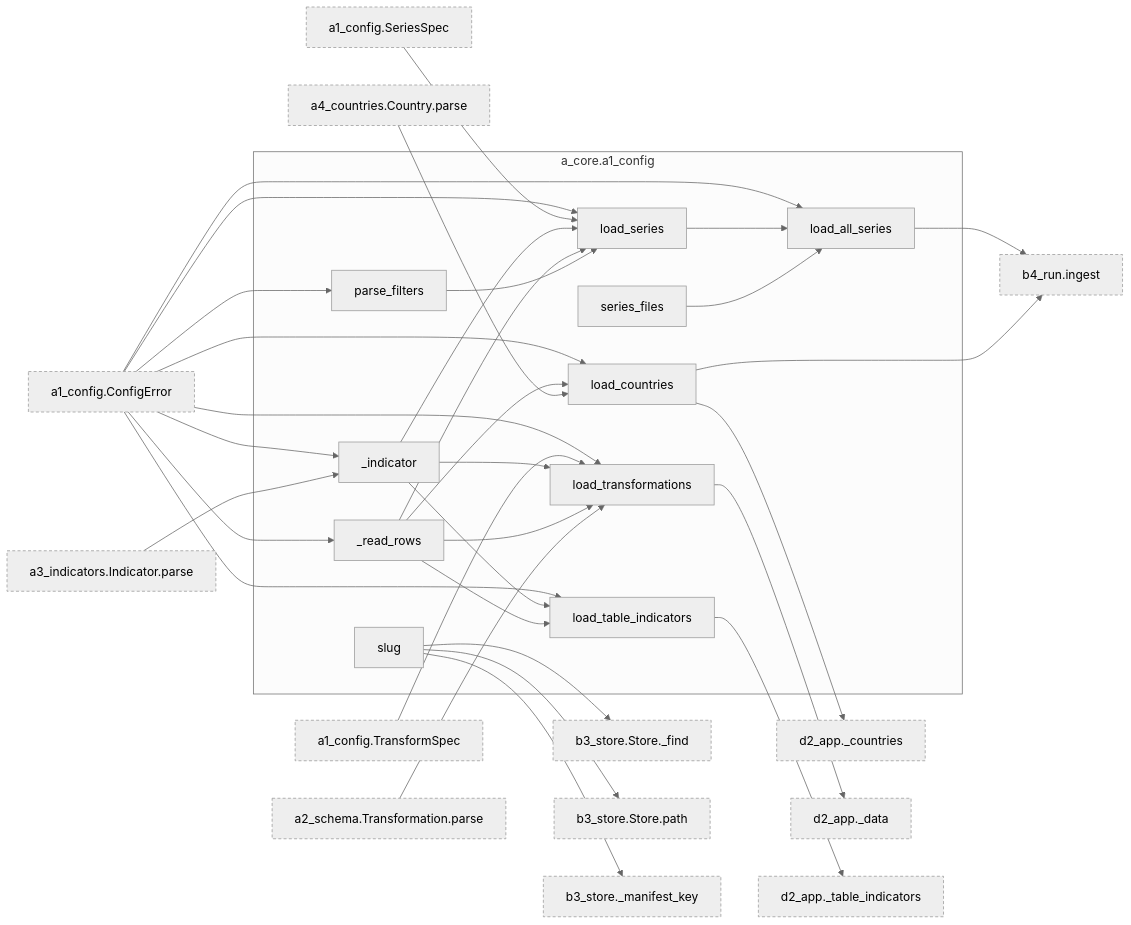
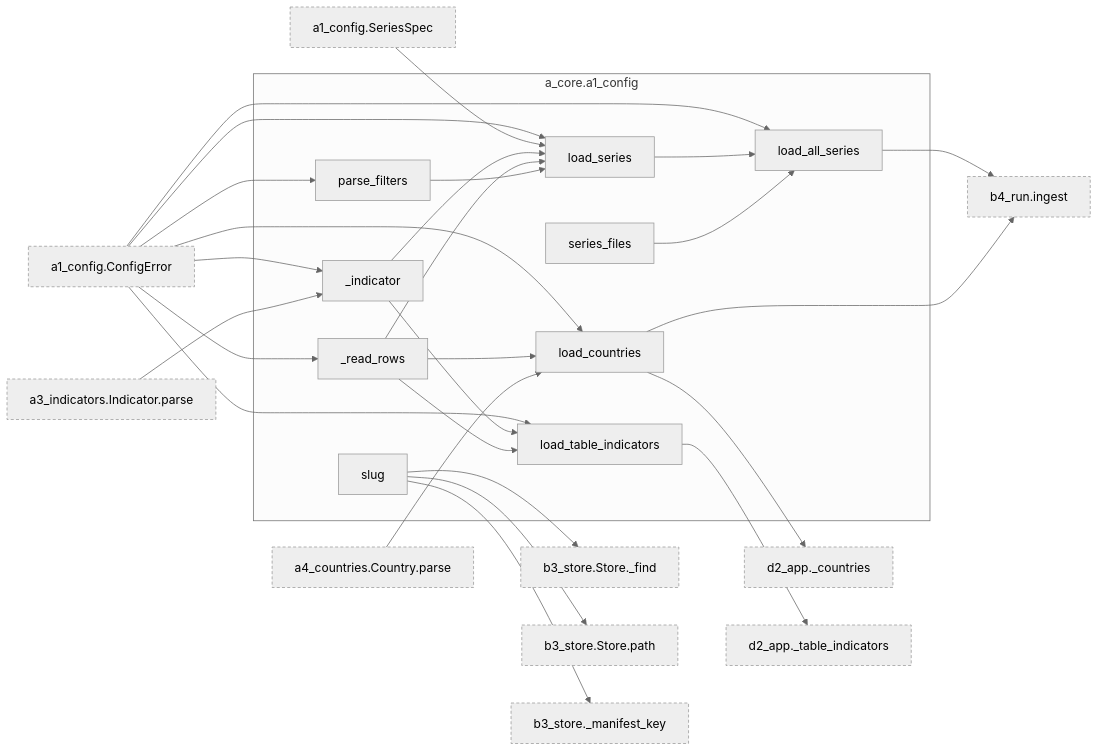
The third of 16 diagrams in docs/architecture.md (bsawyerg15/MacroScan), drawn with Mermaid (neutral theme) before and after one commit. The commit also changed other lines of this file and 9 other files, not shown here.

````diff
--- a/docs/architecture.md
+++ b/docs/architecture.md
@@ -247,15 +256,12 @@
     n_a_core_a1_config_load_countries["load_countries"]
     n_a_core_a1_config_load_series["load_series"]
     n_a_core_a1_config_load_table_indicators["load_table_indicators"]
-    n_a_core_a1_config_load_transformations["load_transformations"]
     n_a_core_a1_config_parse_filters["parse_filters"]
     n_a_core_a1_config_series_files["series_files"]
     n_a_core_a1_config_slug["slug"]
   end
   n_a_core_a1_config_ConfigError["a1_config.ConfigError"]:::ext
   n_a_core_a1_config_SeriesSpec["a1_config.SeriesSpec"]:::ext
-  n_a_core_a1_config_TransformSpec["a1_config.TransformSpec"]:::ext
-  n_a_core_a2_schema_Transformation_parse["a2_schema.Transformation.parse"]:::ext
   n_a_core_a3_indicators_Indicator_parse["a3_indicators.Indicator.parse"]:::ext
   n_a_core_a4_countries_Country_parse["a4_countries.Country.parse"]:::ext
   n_b_ingest_b3_store_Store__find["b3_store.Store._find"]:::ext
@@ -263,7 +269,6 @@
   n_b_ingest_b3_store__manifest_key["b3_store._manifest_key"]:::ext
   n_b_ingest_b4_run_ingest["b4_run.ingest"]:::ext
   n_d_visualization_d2_app__countries["d2_app._countries"]:::ext
-  n_d_visualization_d2_app__data["d2_app._data"]:::ext
   n_d_visualization_d2_app__table_indicators["d2_app._table_indicators"]:::ext
   n_a_core_a1_config_ConfigError --> n_a_core_a1_config__indicator
   n_a_core_a3_indicators_Indicator_parse --> n_a_core_a1_config__indicator
@@ -282,11 +287,6 @@
   n_a_core_a1_config_ConfigError --> n_a_core_a1_config_load_table_indicators
   n_a_core_a1_config__indicator --> n_a_core_a1_config_load_table_indicators
   n_a_core_a1_config__read_rows --> n_a_core_a1_config_load_table_indicators
-  n_a_core_a1_config_ConfigError --> n_a_core_a1_config_load_transformations
-  n_a_core_a1_config_TransformSpec --> n_a_core_a1_config_load_transformations
-  n_a_core_a1_config__indicator --> n_a_core_a1_config_load_transformations
-  n_a_core_a1_config__read_rows --> n_a_core_a1_config_load_transformations
-  n_a_core_a2_schema_Transformation_parse --> n_a_core_a1_config_load_transformations
   n_a_core_a1_config_ConfigError --> n_a_core_a1_config_parse_filters
   n_a_core_a1_config_slug --> n_b_ingest_b3_store_Store__find
   n_a_core_a1_config_slug --> n_b_ingest_b3_store_Store_path
@@ -294,22 +294,18 @@
   n_a_core_a1_config_load_all_series --> n_b_ingest_b4_run_ingest
   n_a_core_a1_config_load_countries --> n_b_ingest_b4_run_ingest
   n_a_core_a1_config_load_countries --> n_d_visualization_d2_app__countries
-  n_a_core_a1_config_load_transformations --> n_d_visualization_d2_app__data
   n_a_core_a1_config_load_table_indicators --> n_d_visualization_d2_app__table_indicators
   click n_a_core_a1_config_ConfigError href "#cls-ConfigError"
   click n_a_core_a1_config_SeriesSpec href "#cls-SeriesSpec"
-  click n_a_core_a1_config_TransformSpec href "#cls-TransformSpec"
   click n_a_core_a1_config__indicator href "#fn-a_core-a1_config-_indicator"
   click n_a_core_a1_config__read_rows href "#fn-a_core-a1_config-_read_rows"
   click n_a_core_a1_config_load_all_series href "#fn-a_core-a1_config-load_all_series"
   click n_a_core_a1_config_load_countries href "#fn-a_core-a1_config-load_countries"
   click n_a_core_a1_config_load_series href "#fn-a_core-a1_config-load_series"
   click n_a_core_a1_config_load_table_indicators href "#fn-a_core-a1_config-load_table_indicators"
-  click n_a_core_a1_config_load_transformations href "#fn-a_core-a1_config-load_transformations"
   click n_a_core_a1_config_parse_filters href "#fn-a_core-a1_config-parse_filters"
   click n_a_core_a1_config_series_files href "#fn-a_core-a1_config-series_files"
   click n_a_core_a1_config_slug href "#fn-a_core-a1_config-slug"
-  click n_a_core_a2_schema_Transformation_parse href "#fn-a_core-a2_schema-Transformation.parse"
   click n_a_core_a3_indicators_Indicator_parse href "#fn-a_core-a3_indicators-Indicator.parse"
   click n_a_core_a4_countries_Country_parse href "#fn-a_core-a4_countries-Country.parse"
   click n_b_ingest_b3_store_Store__find href "#fn-b_ingest-b3_store-Store._find"
@@ -317,7 +313,6 @@
   click n_b_ingest_b3_store__manifest_key href "#fn-b_ingest-b3_store-_manifest_key"
   click n_b_ingest_b4_run_ingest href "#fn-b_ingest-b4_run-ingest"
   click n_d_visualization_d2_app__countries href "#fn-d_visualization-d2_app-_countries"
-  click n_d_visualization_d2_app__data href "#fn-d_visualization-d2_app-_data"
   click n_d_visualization_d2_app__table_indicators href "#fn-d_visualization-d2_app-_table_indicators"
   classDef ext stroke-dasharray: 4 3
 ```
````
